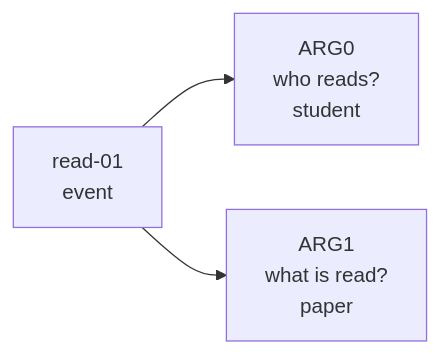
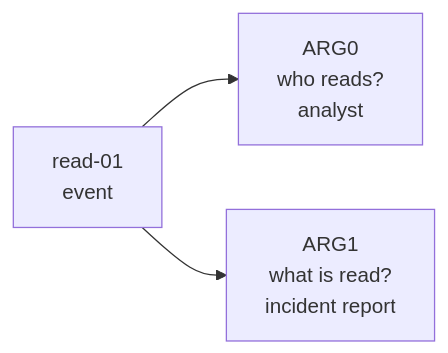
The first of 2 diagrams in src/content/docs/ch11-nlp/ch07-projects/04-semantic-graphs-amr.md (oudbiao/AI-fullstack-course), drawn with Mermaid before and after one commit. The commit also changed other lines of this file and 29 other files, not shown here.

````diff
--- a/src/content/docs/ch11-nlp/ch07-projects/04-semantic-graphs-amr.md
+++ b/src/content/docs/ch11-nlp/ch07-projects/04-semantic-graphs-amr.md
@@ -68,5 +68,5 @@
 ```mermaid
 flowchart LR
-    E["read-01<br/>event"] --> A0["ARG0<br/>who reads?<br/>student"]
-    E --> A1["ARG1<br/>what is read?<br/>paper"]
+    E["read-01<br/>event"] --> A0["ARG0<br/>who reads?<br/>analyst"]
+    E --> A1["ARG1<br/>what is read?<br/>incident report"]
 ```
````
